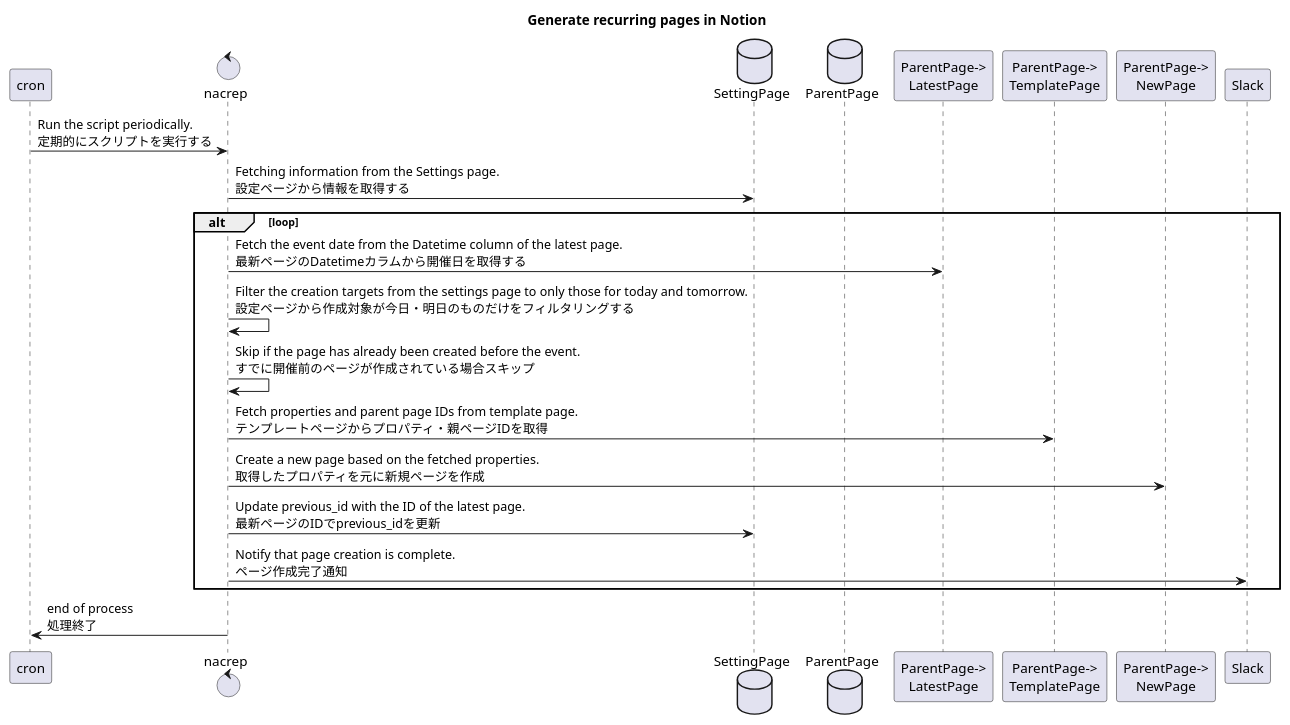
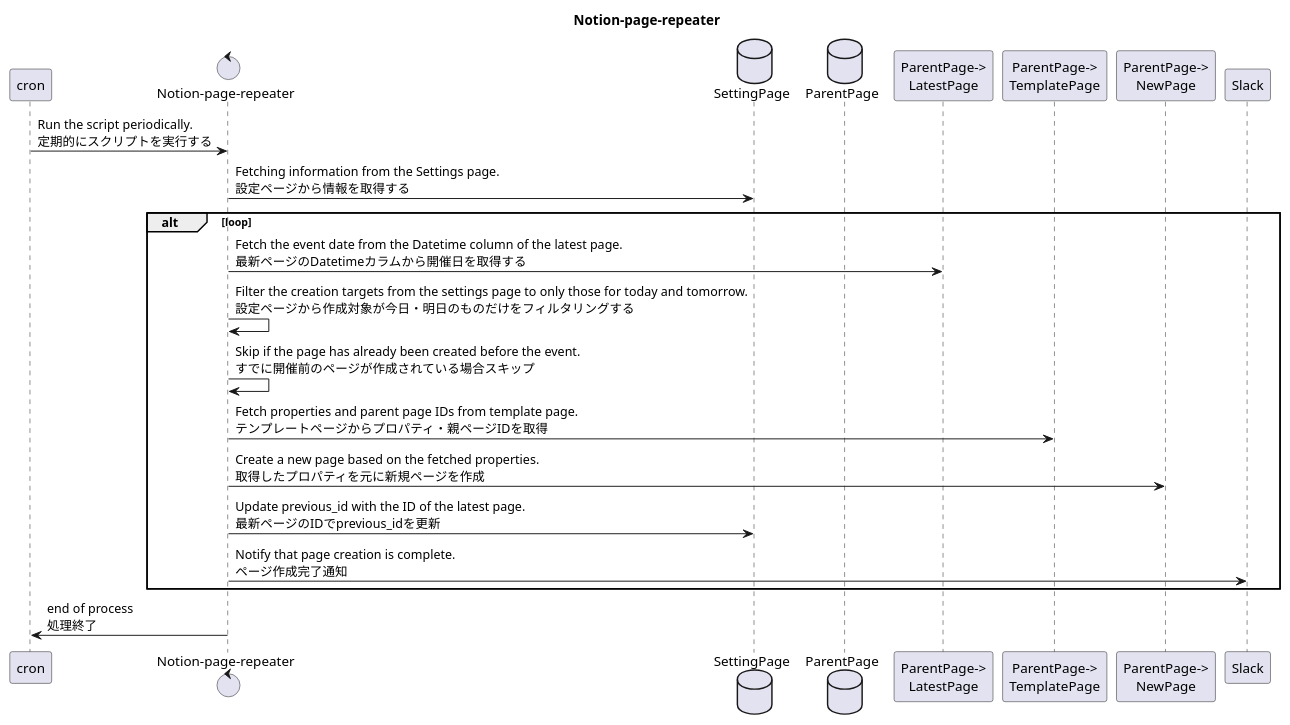
Before and after one commit to tosite/notion-page-repeater: the diagram in docs/uml.md, drawn with PlantUML. The commit also changed 1 other file, not shown here.

Commit message:
update uml

````diff
--- a/docs/uml.md
+++ b/docs/uml.md
@@ -3,31 +3,31 @@
 ```puml
 @startuml
-title Generate recurring pages in Notion
+title Notion-page-repeater
 
 participant cron
-control nacrep as s
+control "Notion-page-repeater" as s
 
 database SettingPage as sp
 
 database ParentPage as pp
 participant "ParentPage->\nLatestPage" as lp
 participant "ParentPage->\nTemplatePage" as tp
 participant "ParentPage->\nNewPage" as np
 
 participant Slack
 
 cron->s: Run the script periodically. \n定期的にスクリプトを実行する
 s->sp: Fetching information from the Settings page.\n設定ページから情報を取得する
 
 alt loop
   s->lp: Fetch the event date from the Datetime column of the latest page.\n最新ページのDatetimeカラムから開催日を取得する
   s->s: Filter the creation targets from the settings page to only those for today and tomorrow.\n設定ページから作成対象が今日・明日のものだけをフィルタリングする
   s->s: Skip if the page has already been created before the event.\nすでに開催前のページが作成されている場合スキップ
   s->tp: Fetch properties and parent page IDs from template page.\nテンプレートページからプロパティ・親ページIDを取得
   s->np: Create a new page based on the fetched properties.\n取得したプロパティを元に新規ページを作成
   s->sp: Update previous_id with the ID of the latest page.\n最新ページのIDでprevious_idを更新
   s->Slack: Notify that page creation is complete.\nページ作成完了通知
 end
 s->cron:end of process\n処理終了
 @enduml
 ```
````
